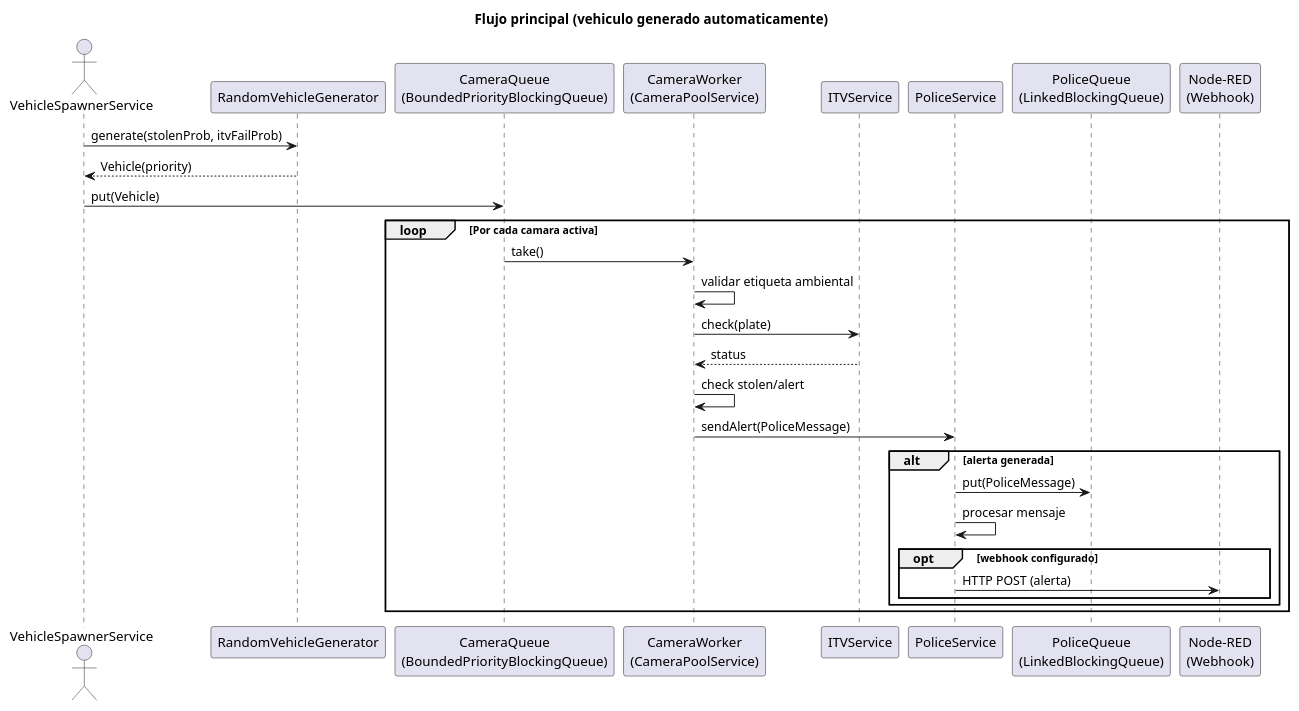
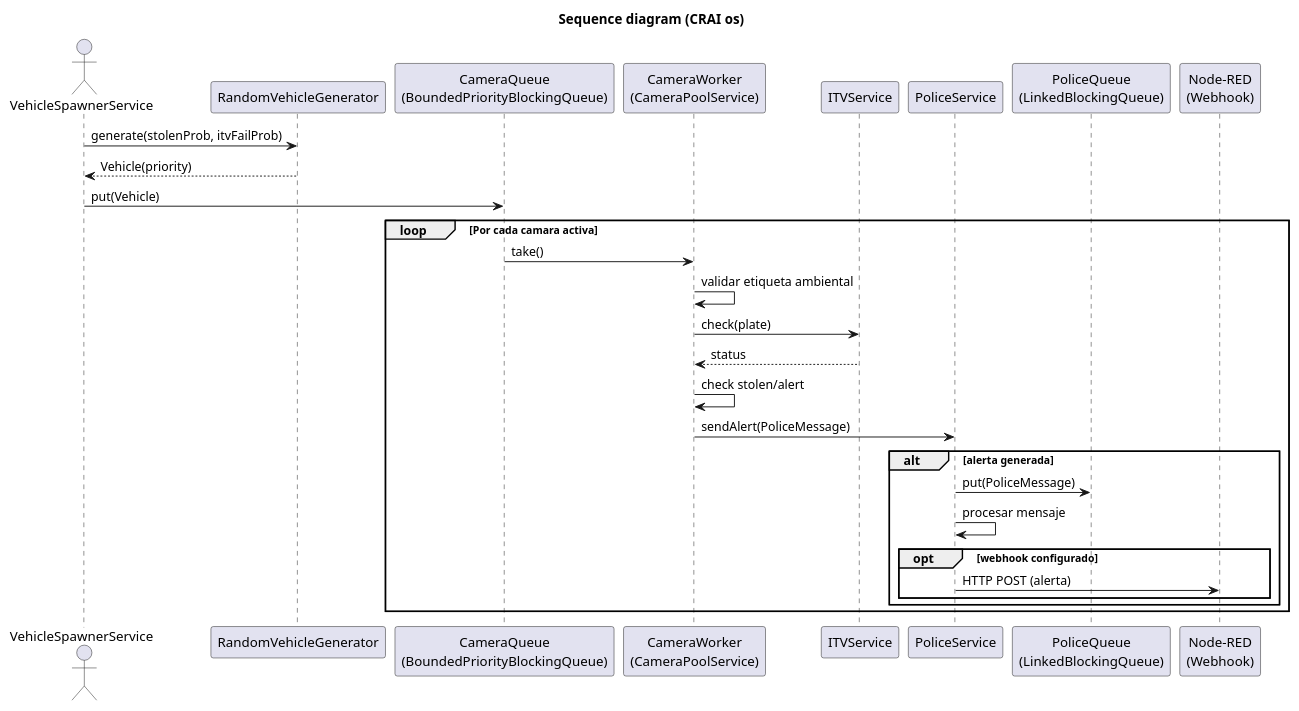
The diagram in os/docs/sequence.puml (IbaiZJ/CRAI), drawn with PlantUML before and after one commit.

Commit message:
Update title in sequence diagram for consistency and clarity

```diff
--- a/os/docs/sequence.puml
+++ b/os/docs/sequence.puml
@@ -1,30 +1,30 @@
 @startuml Sequence
-title Flujo principal (vehiculo generado automaticamente)
+title Sequence diagram (CRAI os)
 actor "VehicleSpawnerService" as Spawner
 participant "RandomVehicleGenerator" as Generator
 participant "CameraQueue\n(BoundedPriorityBlockingQueue)" as Queue
 participant "CameraWorker\n(CameraPoolService)" as Camera
 participant "ITVService" as ITV
 participant "PoliceService" as Police
 participant "PoliceQueue\n(LinkedBlockingQueue)" as PoliceQueue
 participant "Node-RED\n(Webhook)" as NodeRed
 
 Spawner -> Generator : generate(stolenProb, itvFailProb)
 Generator --> Spawner : Vehicle(priority)
 Spawner -> Queue : put(Vehicle)
 loop Por cada camara activa
   Queue -> Camera : take()
   Camera -> Camera : validar etiqueta ambiental
   Camera -> ITV : check(plate)
   ITV --> Camera : status
   Camera -> Camera : check stolen/alert
   Camera -> Police : sendAlert(PoliceMessage)
   alt alerta generada
     Police -> PoliceQueue : put(PoliceMessage)
     Police -> Police : procesar mensaje
     opt webhook configurado
       Police -> NodeRed : HTTP POST (alerta)
     end
   end
 end
 @enduml
```
